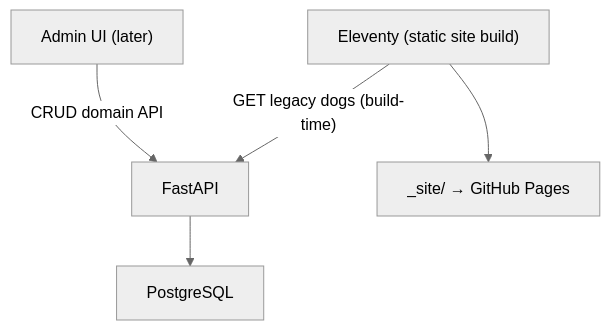
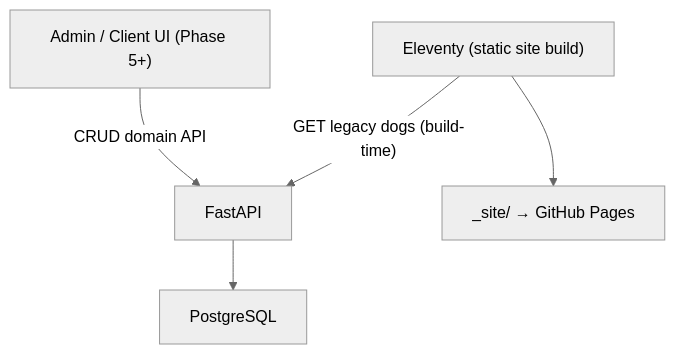
One commit to atarrisse/Petsit changed the first of 2 diagrams in docs/backend-planning.md. Above: the diagram before and after it, drawn with Mermaid (neutral theme). The commit also changed other lines of this file and 5 other files, not shown here.

````diff
--- a/docs/backend-planning.md
+++ b/docs/backend-planning.md
@@ -30,7 +33,7 @@
 ```mermaid
 flowchart TB
   Eleventy["Eleventy (static site build)"] -->|"GET legacy dogs (build-time)"| API["FastAPI"]
-  AdminUI["Admin UI (later)"] -->|"CRUD domain API"| API
+  AdminUI["Admin / Client UI (Phase 5+)"] -->|"CRUD domain API"| API
   API --> Postgres["PostgreSQL"]
   Eleventy --> Site["_site/ → GitHub Pages"]
 ```
````
